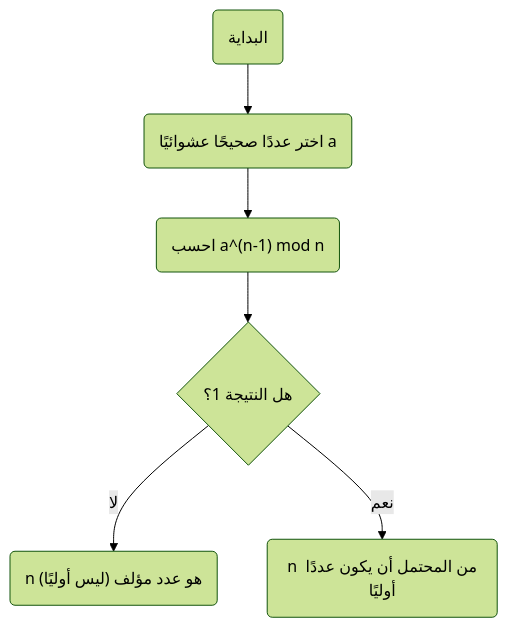
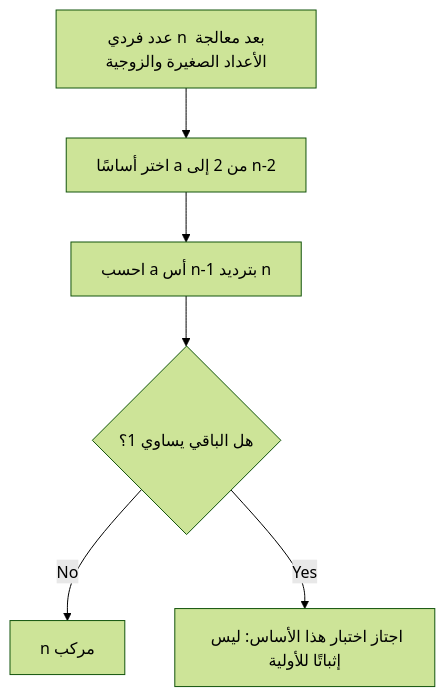
Before and after one commit to kenjinote/blog: the first of 2 diagrams in content/post/fermats-little-theorem/index.ar.md, drawn with Mermaid (forest theme). The commit also changed other lines of this file and 5 other files, not shown here.

````diff
--- a/content/post/fermats-little-theorem/index.ar.md
+++ b/content/post/fermats-little-theorem/index.ar.md
@@ -84,8 +56,8 @@
 ```mermaid
 flowchart TD
-    Start("البداية") --> ChooseA("اختر عددًا صحيحًا عشوائيًا a")
-    ChooseA --> Calc("احسب a^(n-1) mod n")
-    Calc --> Check{"هل النتيجة 1؟"}
-    Check -- "لا" --> Composite("n هو عدد مؤلف (ليس أوليًا)")
-    Check -- "نعم" --> ProbPrime("n من المحتمل أن يكون عددًا أوليًا")
+    Input["عدد فردي n بعد معالجة الأعداد الصغيرة والزوجية"] --> Choose["اختر أساسًا a من 2 إلى n-2"]
+    Choose --> Calc["احسب a أس n-1 بترديد n"]
+    Calc --> Check{"هل الباقي يساوي 1؟"}
+    Check -- No --> Composite["n مركب"]
+    Check -- Yes --> Pass["اجتاز اختبار هذا الأساس: ليس إثباتًا للأولية"]
 ```
````
